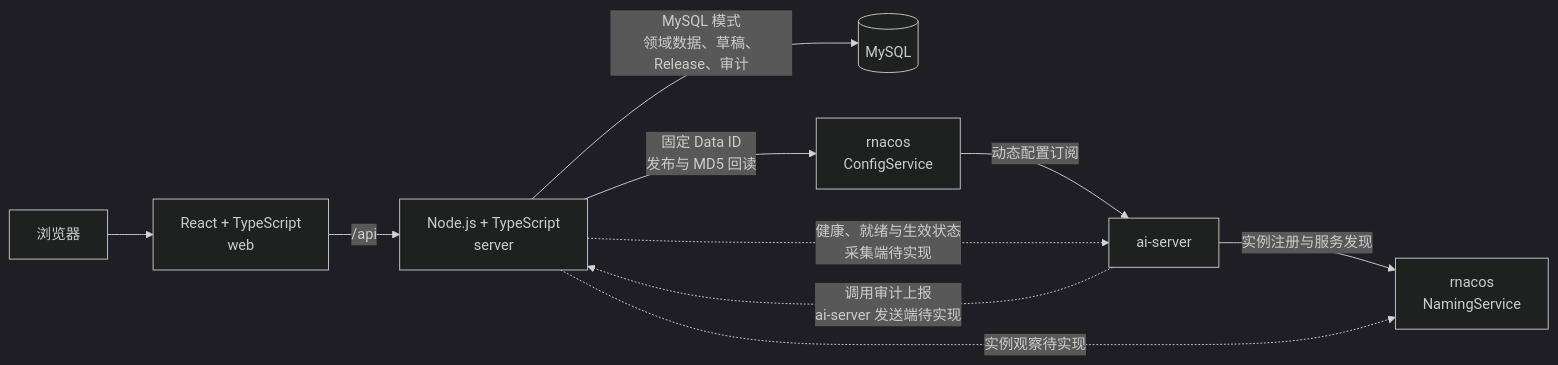
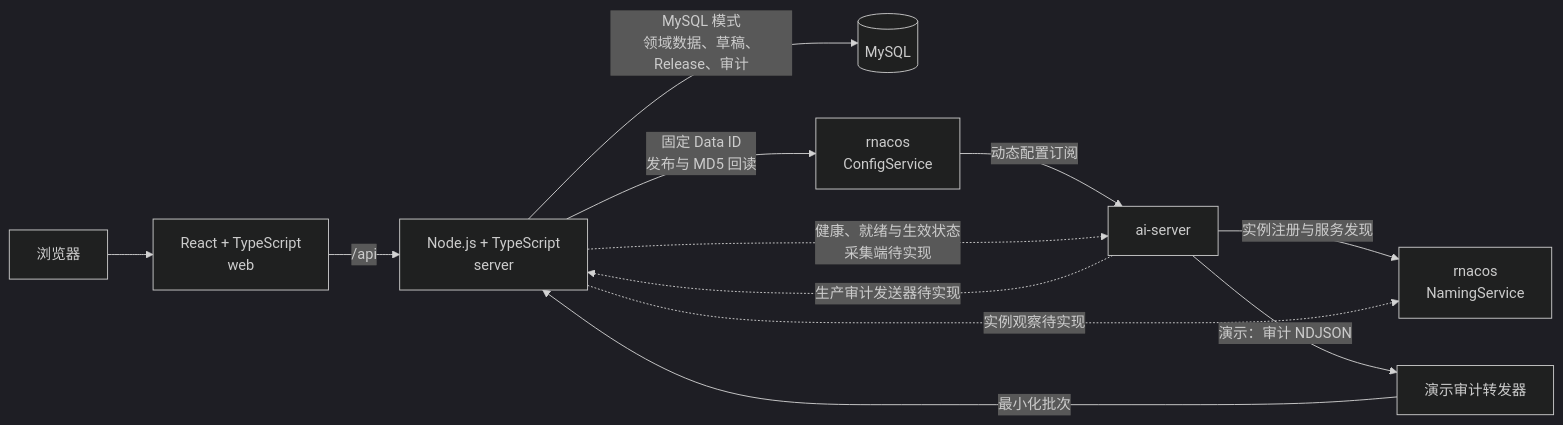
Before and after one commit to fiber-net-gateway/ai-gateway: the diagram in README.zh-CN.md, drawn with Mermaid (dark theme). The commit also changed other lines of this file and 36 other files, not shown here.

````diff
--- a/README.zh-CN.md
+++ b/README.zh-CN.md
@@ -25,12 +26,14 @@
 ```mermaid
 flowchart LR
     B[浏览器] --> W[React + TypeScript<br/>web]
     W -->|/api| A[Node.js + TypeScript<br/>server]
     A -->|MySQL 模式<br/>领域数据、草稿、Release、审计| D[(MySQL)]
     A -->|固定 Data ID<br/>发布与 MD5 回读| C[rnacos<br/>ConfigService]
     C -->|动态配置订阅| S[ai-server]
     S -->|实例注册与服务发现| N[rnacos<br/>NamingService]
-    S -.->|调用审计上报<br/>ai-server 发送端待实现| A
+    S -->|演示：审计 NDJSON| F[演示审计转发器]
+    F -->|最小化批次| A
+    S -.->|生产审计发送器待实现| A
     A -.->|健康、就绪与生效状态<br/>采集端待实现| S
     A -.->|实例观察待实现| N
 ```
````
